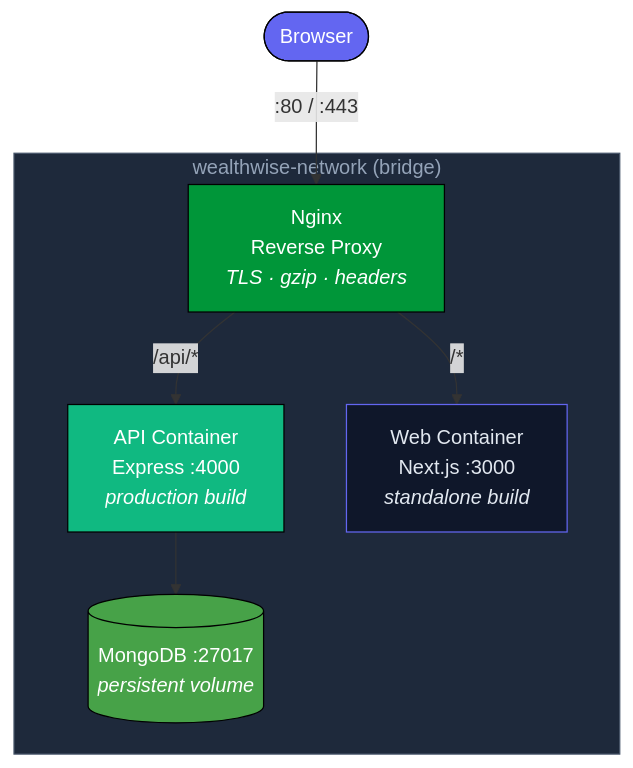
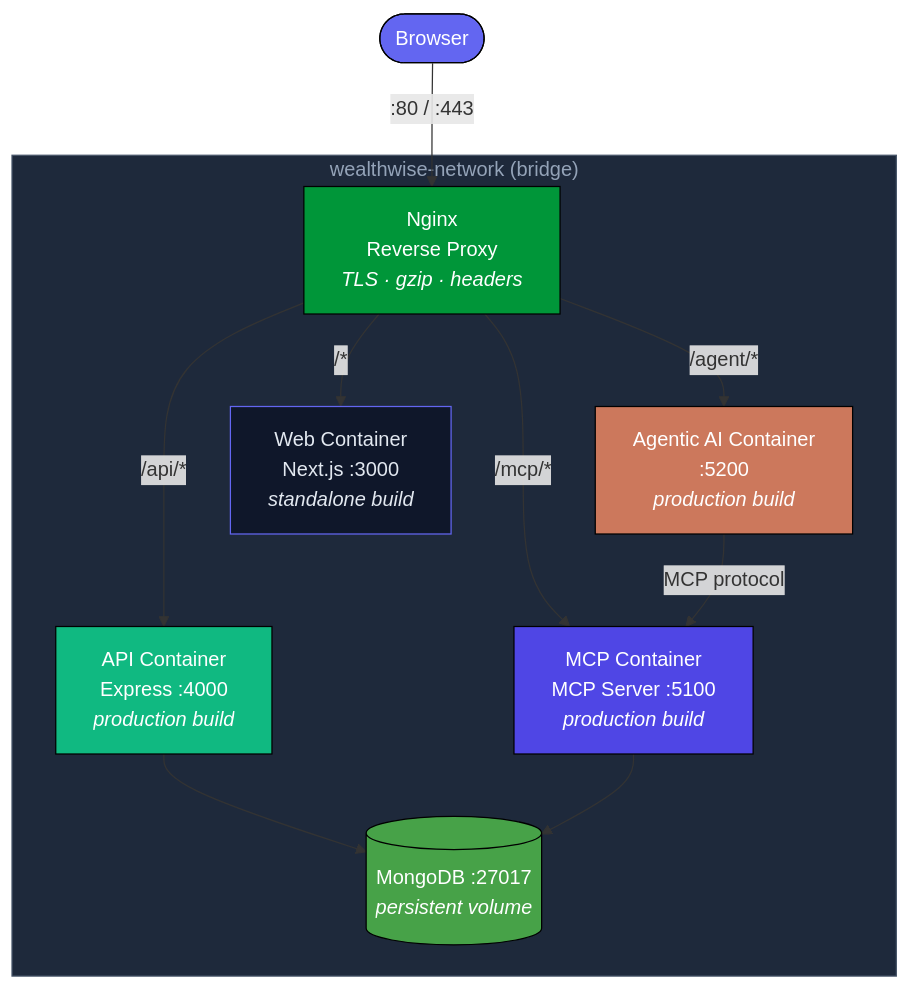
Diagram 20 of 25 in ARCHITECTURE.md (Anto1712/WealthWise-Finance-Tracker), drawn with Mermaid before and after one commit. The commit also changed other lines of this file and 9 other files, not shown here.

````diff
--- a/ARCHITECTURE.md
+++ b/ARCHITECTURE.md
@@ -704,23 +874,31 @@
 ```mermaid
 graph TD
     CLIENT([Browser]) -- ":80 / :443" --> NGINX["Nginx<br/>Reverse Proxy<br/><i>TLS · gzip · headers</i>"]
 
     NGINX -- "/api/*" --> API["API Container<br/>Express :4000<br/><i>production build</i>"]
+    NGINX -- "/mcp/*" --> MCP["MCP Container<br/>MCP Server :5100<br/><i>production build</i>"]
+    NGINX -- "/agent/*" --> AI["Agentic AI Container<br/>:5200<br/><i>production build</i>"]
     NGINX -- "/*" --> WEB["Web Container<br/>Next.js :3000<br/><i>standalone build</i>"]
 
     API --> DB[(MongoDB :27017<br/><i>persistent volume</i>)]
+    MCP --> DB
+    AI -- "MCP protocol" --> MCP
 
     subgraph NETWORK["wealthwise-network (bridge)"]
         NGINX
         API
         WEB
+        MCP
+        AI
         DB
     end
 
     style CLIENT fill:#6366f1,stroke:#000,color:#fff
     style NGINX fill:#009639,stroke:#000,color:#fff
     style API fill:#10b981,stroke:#000,color:#fff
     style WEB fill:#0f172a,stroke:#6366f1,color:#e2e8f0
+    style MCP fill:#4f46e5,stroke:#000,color:#fff
+    style AI fill:#cc785c,stroke:#000,color:#fff
     style DB fill:#47a248,stroke:#000,color:#fff
     style NETWORK fill:#1e293b,stroke:#475569,color:#94a3b8
 ```
````
